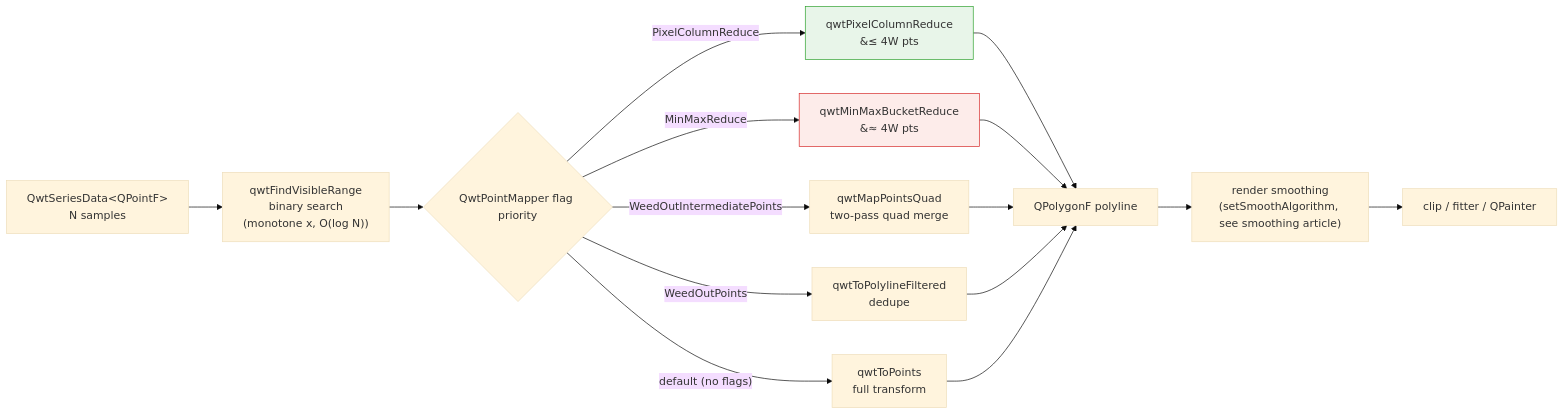
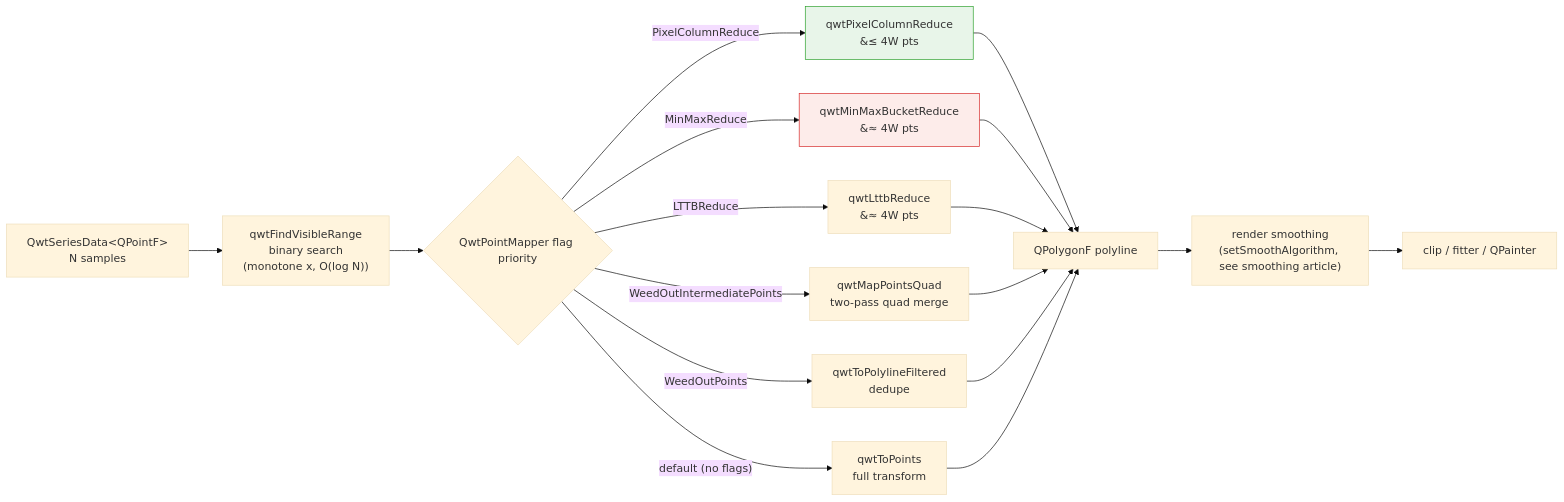
Before and after one commit to czyt1988/QWT: the first of 3 diagrams in docs/use-guide/curve-downsampling.md, drawn with Mermaid (base theme). The commit also changed other lines of this file and 7 other files, not shown here.

````diff
--- a/docs/use-guide/curve-downsampling.md
+++ b/docs/use-guide/curve-downsampling.md
@@ -283,20 +285,22 @@
 ```mermaid
 flowchart LR
     A["QwtSeriesData&lt;QPointF&gt;<br/>N samples"] --> B["qwtFindVisibleRange<br/>binary search<br/>(monotone x, O(log N))"]
     B --> C{"QwtPointMapper flag priority"}
     C -->|"PixelColumnReduce"| D["qwtPixelColumnReduce<br/>&#8804; 4W pts"]
     C -->|"MinMaxReduce"| E["qwtMinMaxBucketReduce<br/>&#8776; 4W pts"]
+    C -->|"LTTBReduce"| E2["qwtLttbReduce<br/>&#8776; 4W pts"]
     C -->|"WeedOutIntermediatePoints"| F["qwtMapPointsQuad<br/>two-pass quad merge"]
     C -->|"WeedOutPoints"| G["qwtToPolylineFiltered<br/>dedupe"]
     C -->|"default (no flags)"| H["qwtToPoints<br/>full transform"]
     D --> I["QPolygonF polyline"]
     E --> I
+    E2 --> I
     F --> I
     G --> I
     H --> I
     I --> J["render smoothing<br/>(setSmoothAlgorithm, see smoothing article)"]
     J --> K["clip / fitter / QPainter"]
 
     style E fill:#fdecea,stroke:#d62728
     style D fill:#e8f5e9,stroke:#2ca02c
 ```
````
